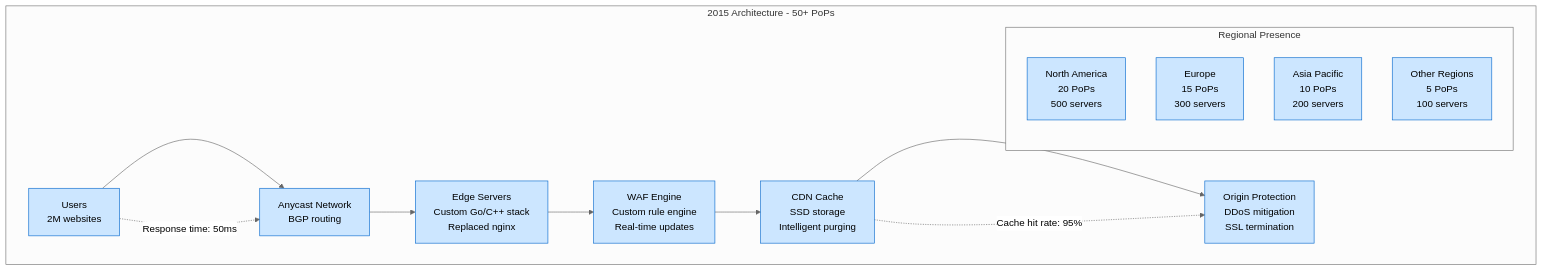
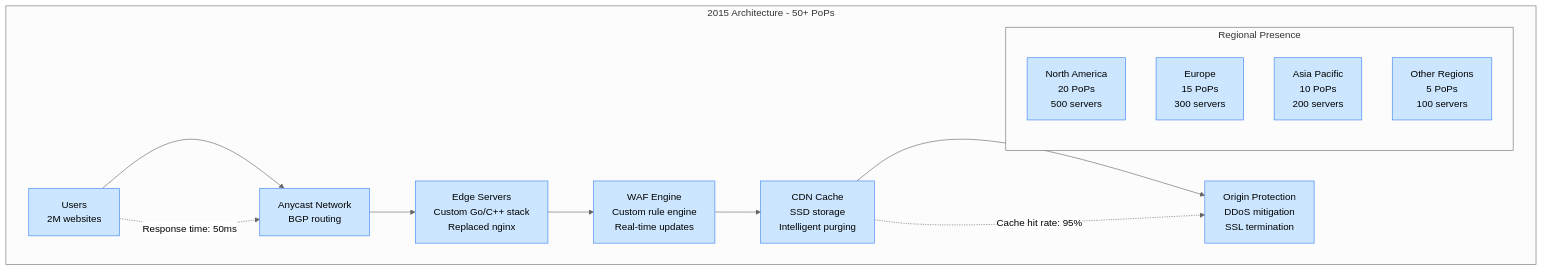
The third of 8 diagrams in site/docs/systems/cloudflare/scale-evolution.md (deepaucksharma/DS), drawn with Mermaid (neutral theme) before and after one commit. The commit also changed other lines of this file and 303 other files, not shown here.

````diff
--- a/site/docs/systems/cloudflare/scale-evolution.md
+++ b/site/docs/systems/cloudflare/scale-evolution.md
@@ -83,26 +83,26 @@
 ```mermaid
 graph TB
     subgraph "2015 Architecture - 50+ PoPs"
         USER[Users<br/>2M websites] --> ANYCAST[Anycast Network<br/>BGP routing]
         ANYCAST --> EDGE[Edge Servers<br/>Custom Go/C++ stack<br/>Replaced nginx]
 
         EDGE --> WAF[WAF Engine<br/>Custom rule engine<br/>Real-time updates]
         WAF --> CDN[CDN Cache<br/>SSD storage<br/>Intelligent purging]
         CDN --> ORIGIN[Origin Protection<br/>DDoS mitigation<br/>SSL termination]
 
         subgraph "Regional Presence"
             NA[North America<br/>20 PoPs<br/>500 servers]
             EU[Europe<br/>15 PoPs<br/>300 servers]
             ASIA[Asia Pacific<br/>10 PoPs<br/>200 servers]
             OTHER[Other Regions<br/>5 PoPs<br/>100 servers]
         end
     end
 
     %% Performance improvements
     USER -.->|Response time: 50ms| ANYCAST
     CDN -.->|Cache hit rate: 95%| ORIGIN
 
     %% Apply colors
-    classDef modernStyle fill:#CCE6FF,stroke:#0066CC,color:#000
+    classDef modernStyle fill:#CCE6FF,stroke:#3B82F6,color:#000
     class USER,ANYCAST,EDGE,WAF,CDN,ORIGIN,NA,EU,ASIA,OTHER modernStyle
 ```
````
